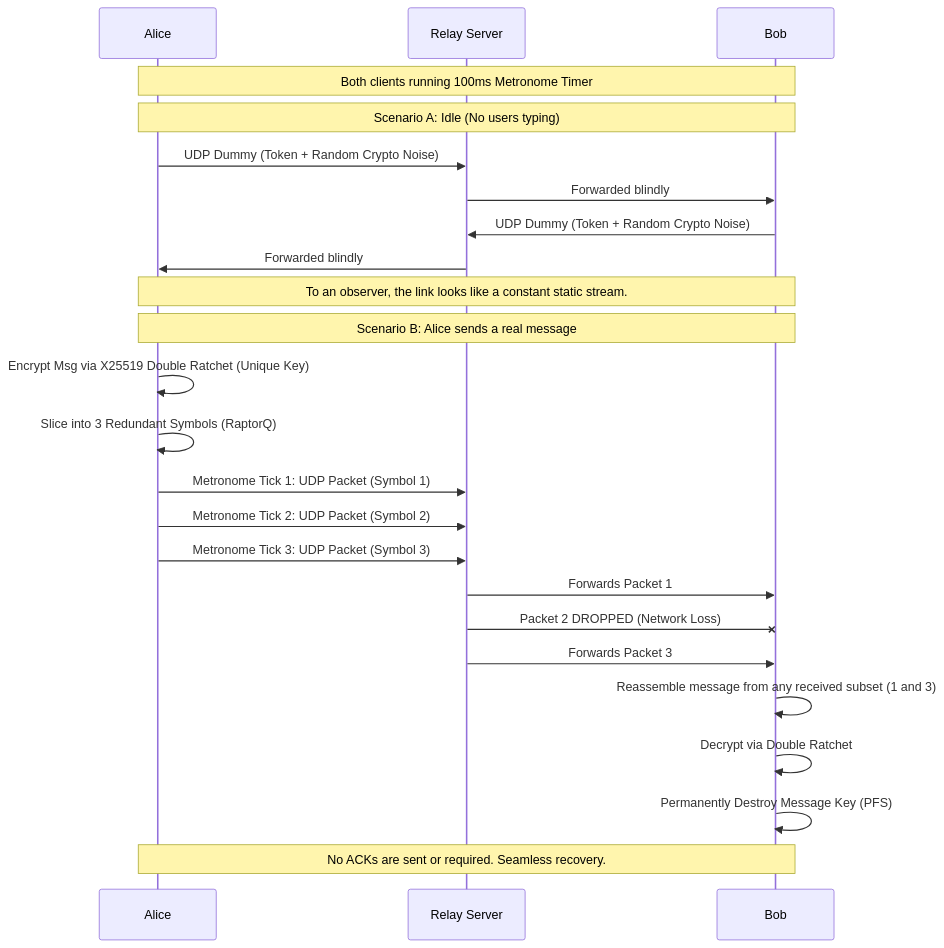
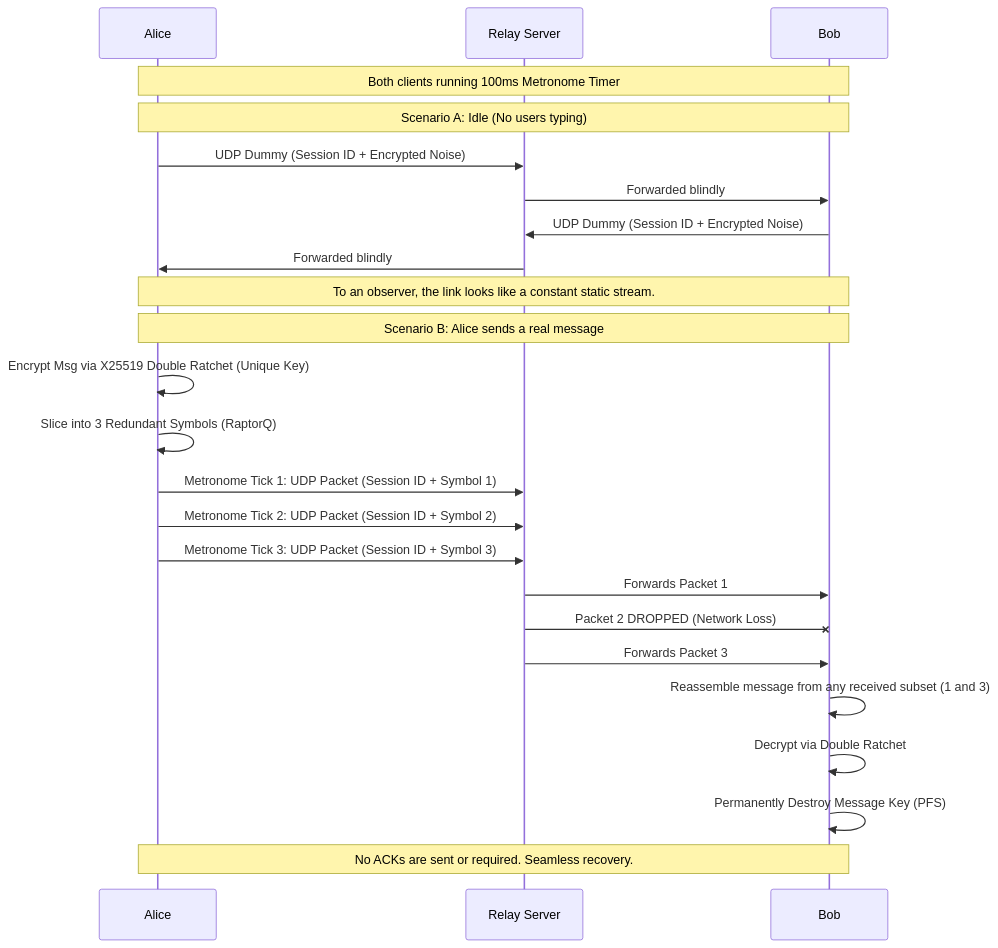
The second of 3 diagrams in architecture-diagrams.md (Lxadams/Cryptogram), drawn with Mermaid before and after one commit. The commit also changed other lines of this file and 7 other files, not shown here.

Commit message:
New diagrams, Xchacha20 server handshake implemented

````diff
--- a/architecture-diagrams.md
+++ b/architecture-diagrams.md
@@ -45,31 +49,31 @@
 ```mermaid
 sequenceDiagram
     participant A as Alice
     participant S as Relay Server
     participant B as Bob
 
     Note over A, B: Both clients running 100ms Metronome Timer
     
     Note over A, B: Scenario A: Idle (No users typing)
-    A->>S: UDP Dummy (Token + Random Crypto Noise)
+    A->>S: UDP Dummy (Session ID + Encrypted Noise)
     S->>B: Forwarded blindly
-    B->>S: UDP Dummy (Token + Random Crypto Noise)
+    B->>S: UDP Dummy (Session ID + Encrypted Noise)
     S->>A: Forwarded blindly
     Note over A, B: To an observer, the link looks like a constant static stream.
 
     Note over A, B: Scenario B: Alice sends a real message
     A->>A: Encrypt Msg via X25519 Double Ratchet (Unique Key)
     A->>A: Slice into 3 Redundant Symbols (RaptorQ)
-    A->>S: Metronome Tick 1: UDP Packet (Symbol 1)
-    A->>S: Metronome Tick 2: UDP Packet (Symbol 2)
-    A->>S: Metronome Tick 3: UDP Packet (Symbol 3)
+    A->>S: Metronome Tick 1: UDP Packet (Session ID + Symbol 1)
+    A->>S: Metronome Tick 2: UDP Packet (Session ID + Symbol 2)
+    A->>S: Metronome Tick 3: UDP Packet (Session ID + Symbol 3)
     
     S->>B: Forwards Packet 1
     S-xB: Packet 2 DROPPED (Network Loss)
     S->>B: Forwards Packet 3
     
     B->>B: Reassemble message from any received subset (1 and 3)
     B->>B: Decrypt via Double Ratchet
     B->>B: Permanently Destroy Message Key (PFS)
     Note over A, B: No ACKs are sent or required. Seamless recovery.
 ```
````
